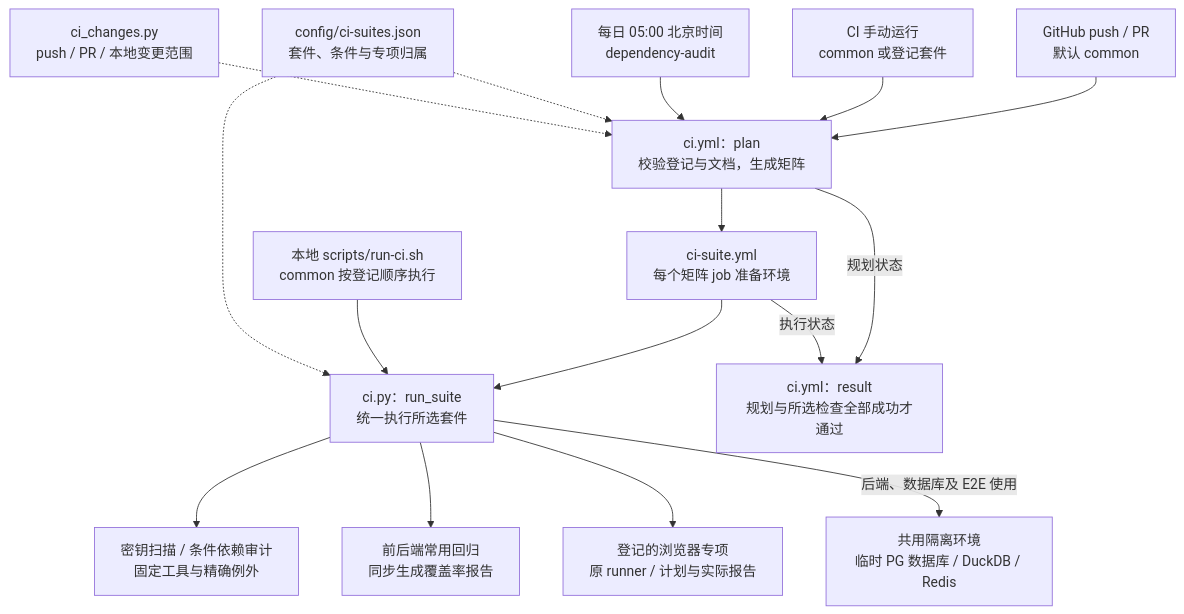
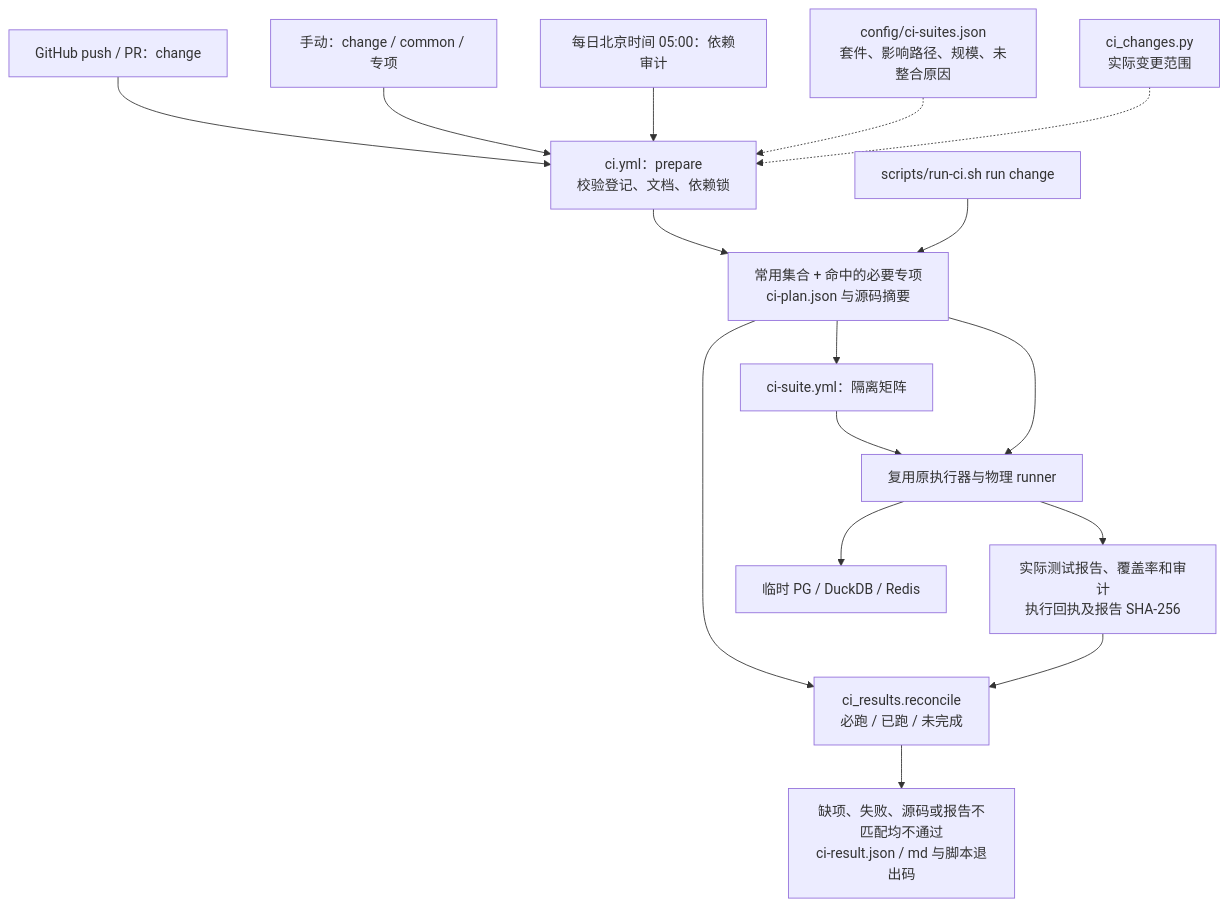
The diagram in agent-works/architecture/continuous-integration.md (fulin-peng-ydxs/ai-stocks), drawn with Mermaid before and after one commit. The commit also changed other lines of this file and 26 other files, not shown here.

````diff
--- a/agent-works/architecture/continuous-integration.md
+++ b/agent-works/architecture/continuous-integration.md
@@ -86,18 +98,18 @@
 ```mermaid
 flowchart TD
-  Push["GitHub push / PR<br/>默认 common"] --> Plan["ci.yml：plan<br/>校验登记与文档，生成矩阵"]
-  Manual["CI 手动运行<br/>common 或登记套件"] --> Plan
-  Daily["每日 05:00 北京时间<br/>dependency-audit"] --> Plan
-  Registry["config/ci-suites.json<br/>套件、条件与专项归属"] -.-> Plan
-  Changes["ci_changes.py<br/>push / PR / 本地变更范围"] -.-> Plan
-  Plan --> Workflow["ci-suite.yml<br/>每个矩阵 job 准备环境"]
-  Workflow --> Runner["ci.py：run_suite<br/>统一执行所选套件"]
-  Local["本地 scripts/run-ci.sh<br/>common 按登记顺序执行"] --> Runner
-  Registry -.-> Runner
-  Runner --> Security["密钥扫描 / 条件依赖审计<br/>固定工具与精确例外"]
-  Runner --> Coverage["前后端常用回归<br/>同步生成覆盖率报告"]
-  Runner --> E2E["登记的浏览器专项<br/>原 runner / 计划与实际报告"]
-  Runner -->|后端、数据库及 E2E 使用| Storage["共用隔离环境<br/>临时 PG 数据库 / DuckDB / Redis"]
-  Plan -->|规划状态| Result["ci.yml：result<br/>规划与所选检查全部成功才通过"]
-  Workflow -->|执行状态| Result
+  Push["GitHub push / PR：change"] --> Plan["ci.yml：prepare<br/>校验登记、文档、依赖锁"]
+  Manual["手动：change / common / 专项"] --> Plan
+  Daily["每日北京时间 05:00：依赖审计"] --> Plan
+  Registry["config/ci-suites.json<br/>套件、影响路径、规模、未整合原因"] -.-> Plan
+  Changes["ci_changes.py<br/>实际变更范围"] -.-> Plan
+  Plan --> Scope["常用集合 + 命中的必要专项<br/>ci-plan.json 与源码摘要"]
+  Scope --> Workflow["ci-suite.yml：隔离矩阵"]
+  Local["scripts/run-ci.sh run change"] --> Scope
+  Workflow --> Runner["复用原执行器与物理 runner"]
+  Scope --> Runner
+  Runner --> Reports["实际测试报告、覆盖率和审计<br/>执行回执及报告 SHA-256"]
+  Runner --> Storage["临时 PG / DuckDB / Redis"]
+  Scope --> Result["ci_results.reconcile<br/>必跑 / 已跑 / 未完成"]
+  Reports --> Result
+  Result --> Gate["缺项、失败、源码或报告不匹配均不通过<br/>ci-result.json / md 与脚本退出码"]
 ```
````
